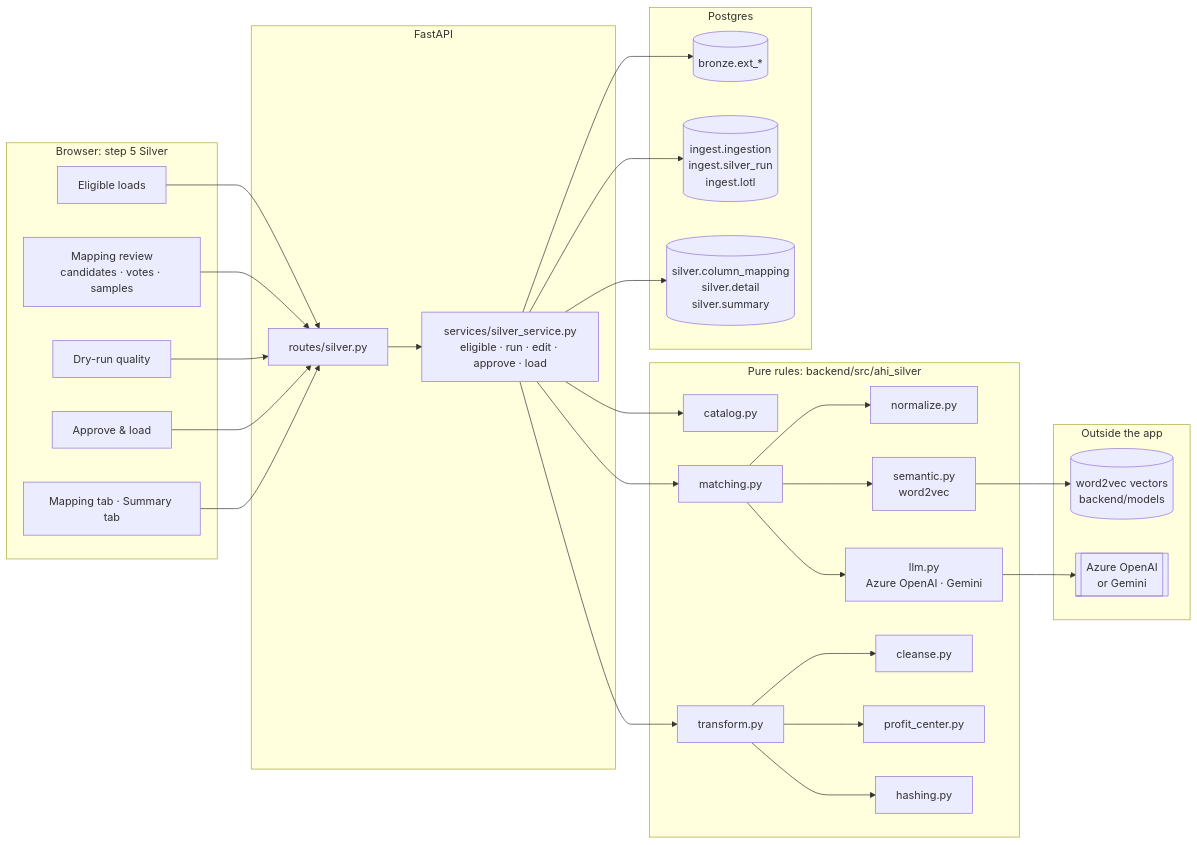
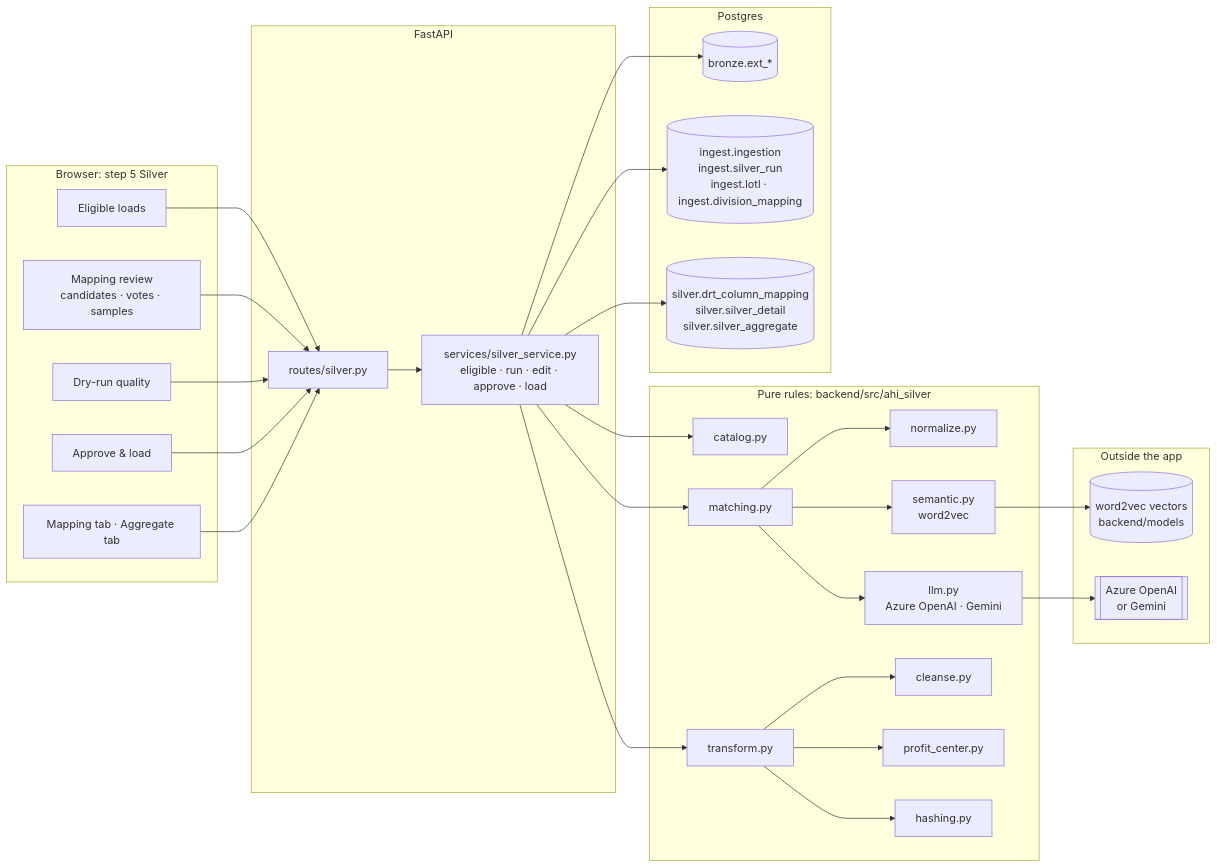
The first of 2 diagrams in enhancements/BRONZE_TO_SILVER.md (rahul-neogi-exavalu/Dirty_excel_cleaner), drawn with Mermaid before and after one commit. The commit also changed other lines of this file and 44 other files, not shown here.

Commit message:
schema related changes ongoing

````diff
--- a/enhancements/BRONZE_TO_SILVER.md
+++ b/enhancements/BRONZE_TO_SILVER.md
@@ -125,41 +127,41 @@
 ```mermaid
 flowchart LR
     subgraph UI["Browser: step 5 Silver"]
         E[Eligible loads]
         M[Mapping review<br/>candidates · votes · samples]
         Q[Dry-run quality]
         A[Approve & load]
-        MT[Mapping tab · Summary tab]
+        MT[Mapping tab · Aggregate tab]
     end
     subgraph API["FastAPI"]
         R["routes/silver.py"]
         S["services/silver_service.py<br/>eligible · run · edit · approve · load"]
     end
     subgraph Rules["Pure rules: backend/src/ahi_silver"]
         CAT[catalog.py]
         NOR[normalize.py]
         MAT[matching.py]
         SEM[semantic.py<br/>word2vec]
         LLM[llm.py<br/>Azure OpenAI · Gemini]
         CL[cleanse.py]
         PC[profit_center.py]
         H[hashing.py]
         T[transform.py]
     end
     subgraph Ext["Outside the app"]
         W2V[(word2vec vectors<br/>backend/models)]
         GEM[[Azure OpenAI<br/>or Gemini]]
     end
     subgraph PG["Postgres"]
         B[(bronze.ext_*)]
-        CTRL[("ingest.ingestion<br/>ingest.silver_run<br/>ingest.lotl")]
-        SIL[("silver.column_mapping<br/>silver.detail<br/>silver.summary")]
+        CTRL[("ingest.ingestion<br/>ingest.silver_run<br/>ingest.lotl · ingest.division_mapping")]
+        SIL[("silver.drt_column_mapping<br/>silver.silver_detail<br/>silver.silver_aggregate")]
     end
     E & M & Q & A & MT --> R --> S
     S --> MAT --> NOR & SEM & LLM
     SEM --> W2V
     LLM --> GEM
     S --> T --> CL & PC & H
     S --> CAT
     S --> B & CTRL & SIL
 ```
````
